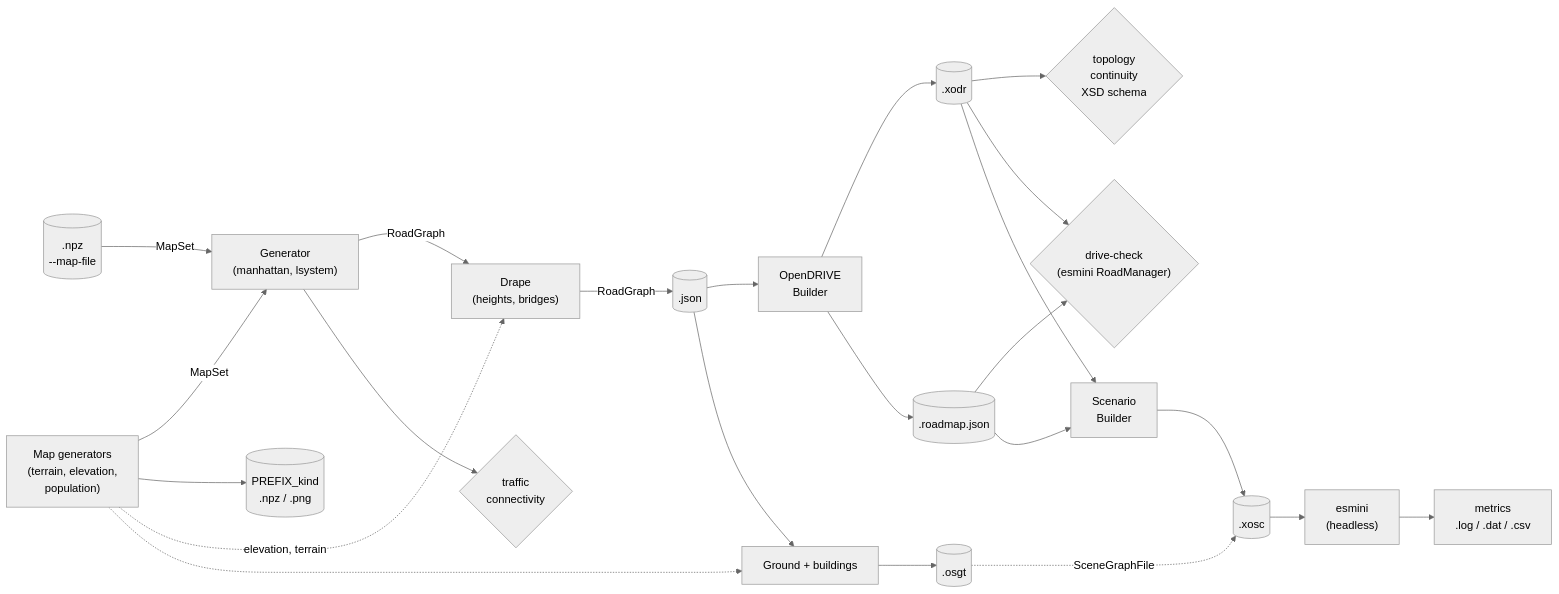
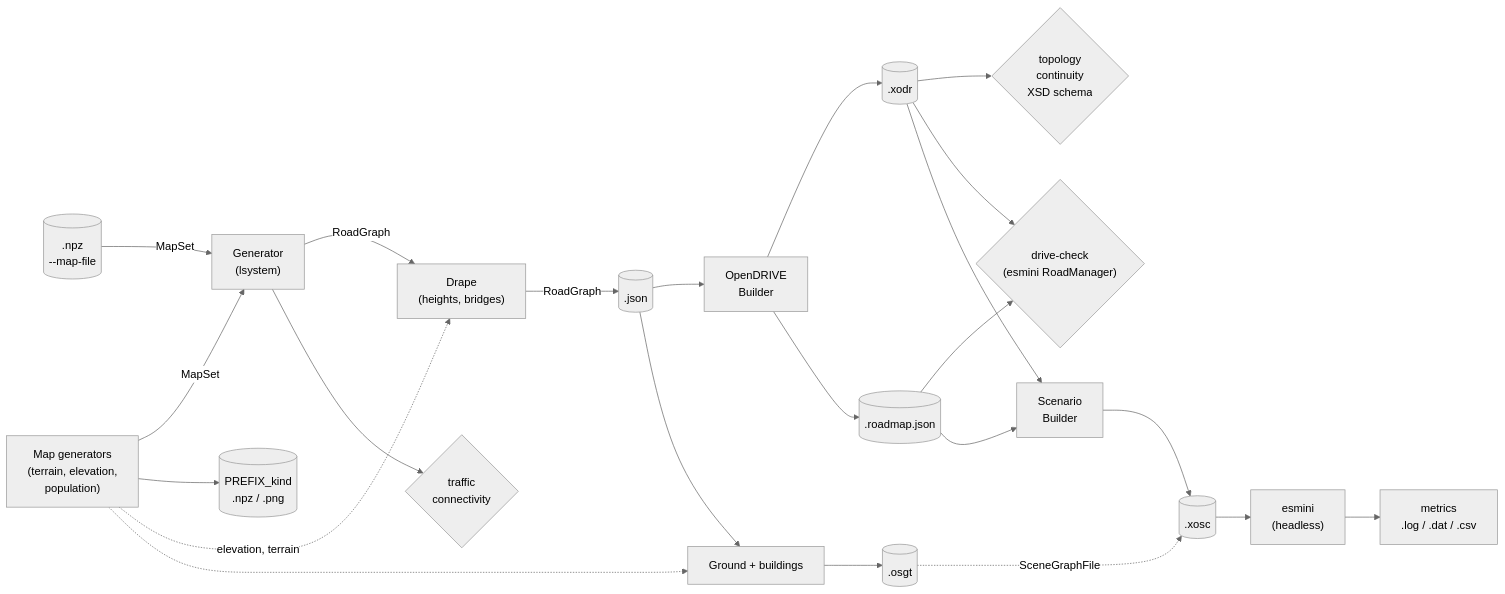
One commit to Cydonia01/Procedural-Road-Network-Generation changed the first of 2 diagrams in docs/architecture.md. Above: the diagram before and after it, drawn with Mermaid (neutral theme). The commit also changed other lines of this file and 61 other files, not shown here.

````diff
--- a/docs/architecture.md
+++ b/docs/architecture.md
@@ -14,22 +14,22 @@
 ```mermaid
 flowchart LR
     MP["Map generators<br/>(terrain, elevation,<br/>population)"] -->|MapSet| G
     MI[(".npz<br/>--map-file")] -->|MapSet| G
     MP --> MF[("PREFIX_kind<br/>.npz / .png")]
-    G["Generator<br/>(manhattan, lsystem)"] -->|RoadGraph| DR["Drape<br/>(heights, bridges)"]
+    G["Generator<br/>(lsystem)"] -->|RoadGraph| DR["Drape<br/>(heights, bridges)"]
     MP -.elevation, terrain.-> DR
     DR -->|RoadGraph| J[(".json")]
     G --> C{"traffic<br/>connectivity"}
     J --> B["OpenDRIVE<br/>Builder"]
     B --> X[(".xodr")]
     B --> M[(".roadmap.json")]
     X --> V{"topology<br/>continuity<br/>XSD schema"}
     X & M --> D{"drive-check<br/>(esmini RoadManager)"}
     X & M --> S["Scenario<br/>Builder"]
     S --> O[(".xosc")]
     O --> E["esmini<br/>(headless)"]
     E --> R["metrics<br/>.log / .dat / .csv"]
     J --> BL["Ground + buildings"] --> OS[(".osgt")]
     MP -.-> BL
     OS -.SceneGraphFile.-> O
 ```
````
